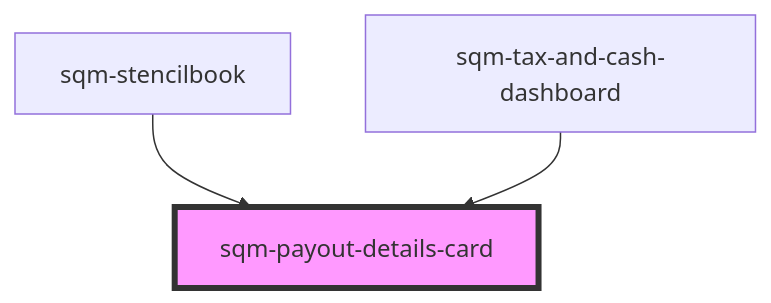
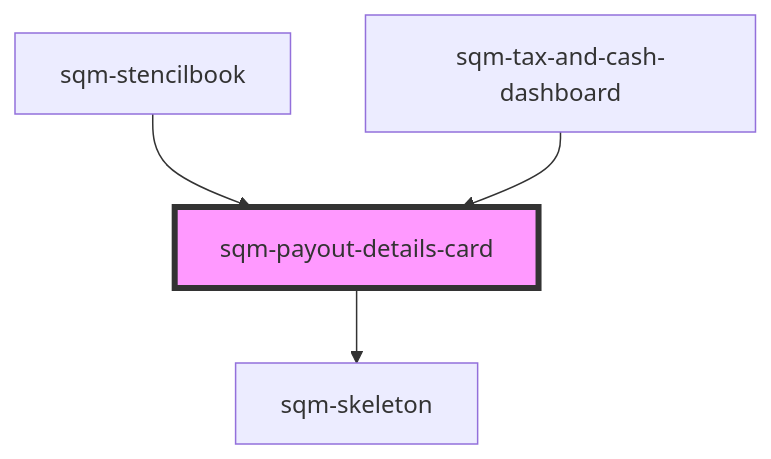
Before and after one commit to saasquatch/program-tools: the diagram in packages/mint-components/src/components/tax-and-cash/sqm-payout-details-card/readme.md, drawn with Mermaid. The commit also changed other lines of this file and 15 other files, not shown here.

````diff
--- a/packages/mint-components/src/components/tax-and-cash/sqm-payout-details-card/readme.md
+++ b/packages/mint-components/src/components/tax-and-cash/sqm-payout-details-card/readme.md
@@ -28,6 +32,7 @@
 ```mermaid
 graph TD;
+  sqm-payout-details-card --> sqm-skeleton
   sqm-stencilbook --> sqm-payout-details-card
   sqm-tax-and-cash-dashboard --> sqm-payout-details-card
   style sqm-payout-details-card fill:#f9f,stroke:#333,stroke-width:4px
 ```
````
